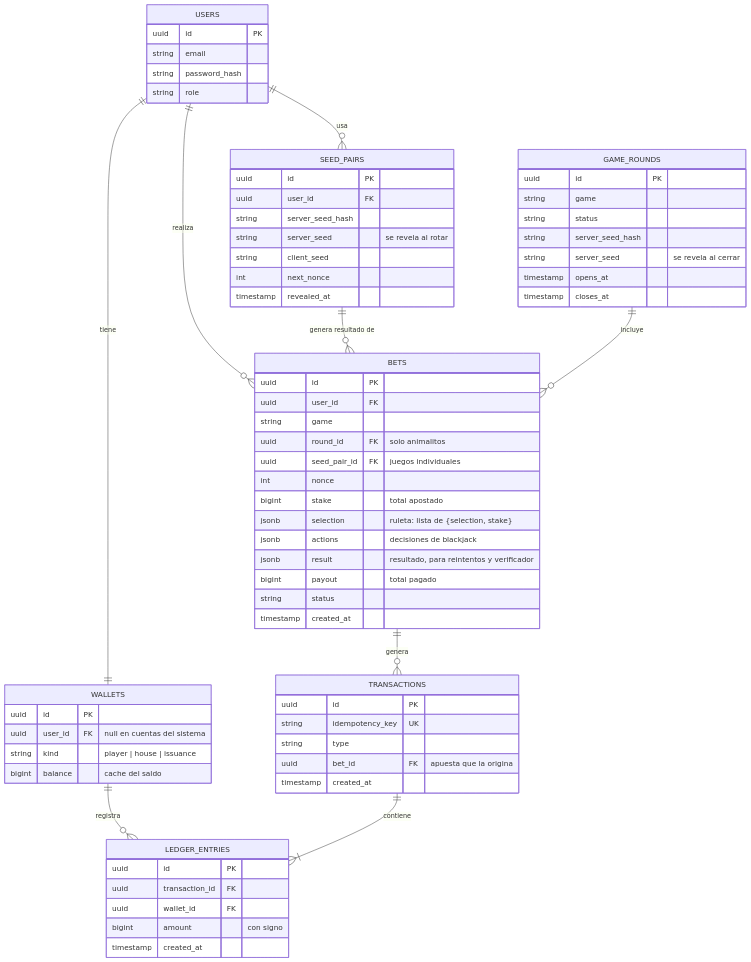
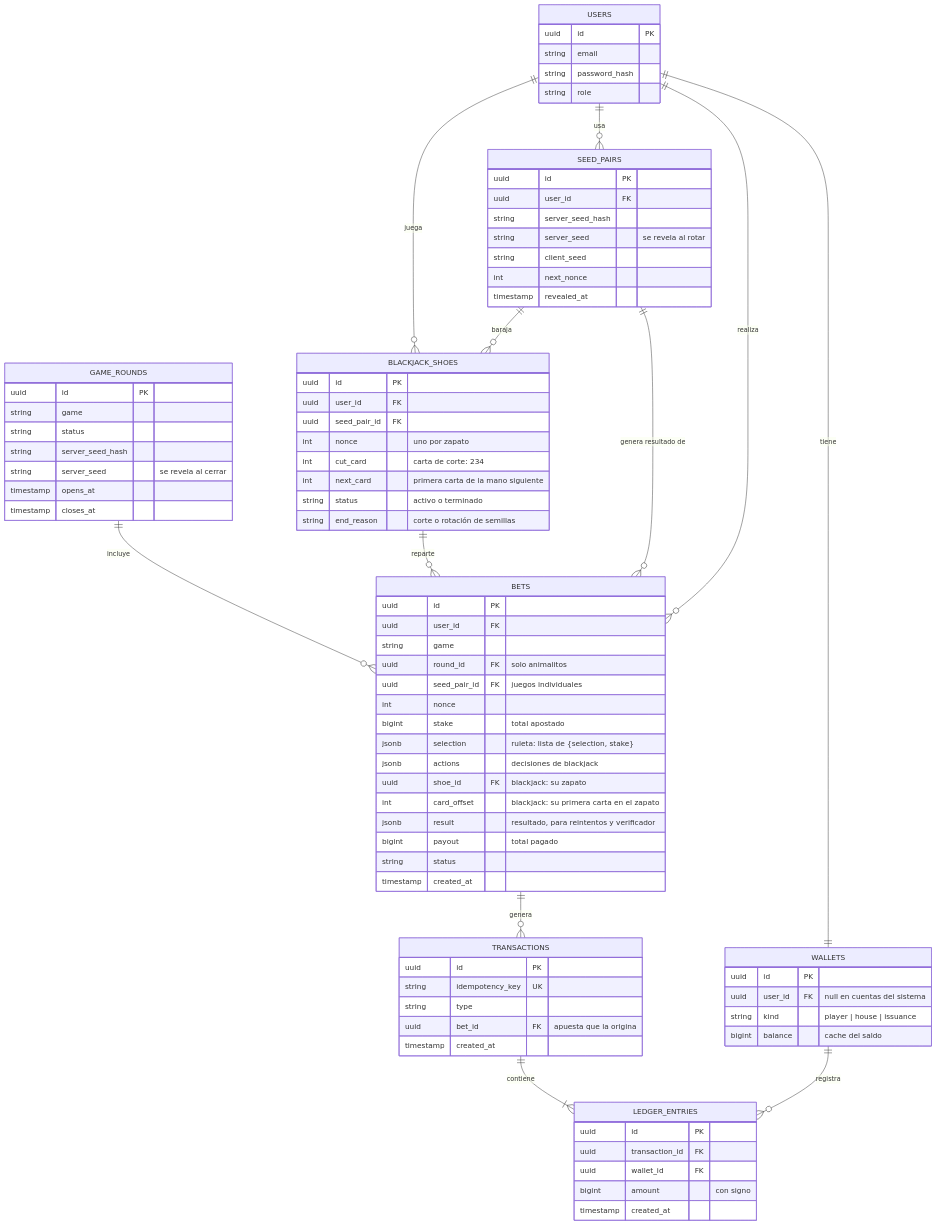
The third of 6 diagrams in README.md (sebaveaa/casino-simulator), drawn with Mermaid before and after one commit. The commit also changed other lines of this file and 10 other files, not shown here.

First line of the commit message:
feat(blackjack): keep each player's shoe across hands until the cut card

````diff
--- a/README.md
+++ b/README.md
@@ -191,57 +191,70 @@
 ```mermaid
 erDiagram
     USERS ||--|| WALLETS : tiene
     WALLETS ||--o{ LEDGER_ENTRIES : registra
     TRANSACTIONS ||--|{ LEDGER_ENTRIES : contiene
     USERS ||--o{ BETS : realiza
     USERS ||--o{ SEED_PAIRS : usa
     SEED_PAIRS ||--o{ BETS : "genera resultado de"
     GAME_ROUNDS ||--o{ BETS : incluye
     BETS ||--o{ TRANSACTIONS : "genera"
+    USERS ||--o{ BLACKJACK_SHOES : juega
+    SEED_PAIRS ||--o{ BLACKJACK_SHOES : "baraja"
+    BLACKJACK_SHOES ||--o{ BETS : "reparte"
 
     USERS { uuid id PK
             string email
             string password_hash
             string role }
     WALLETS { uuid id PK
               uuid user_id FK "null en cuentas del sistema"
               string kind "player | house | issuance"
               bigint balance "cache del saldo" }
     TRANSACTIONS { uuid id PK
                    string idempotency_key UK
                    string type
                    uuid bet_id FK "apuesta que la origina"
                    timestamp created_at }
     LEDGER_ENTRIES { uuid id PK
                      uuid transaction_id FK
                      uuid wallet_id FK
                      bigint amount "con signo"
                      timestamp created_at }
     SEED_PAIRS { uuid id PK
                  uuid user_id FK
                  string server_seed_hash
                  string server_seed "se revela al rotar"
                  string client_seed
                  int next_nonce
                  timestamp revealed_at }
     GAME_ROUNDS { uuid id PK
                   string game
                   string status
                   string server_seed_hash
                   string server_seed "se revela al cerrar"
                   timestamp opens_at
                   timestamp closes_at }
     BETS { uuid id PK
            uuid user_id FK
            string game
            uuid round_id FK "solo animalitos"
            uuid seed_pair_id FK "juegos individuales"
            int nonce
            bigint stake "total apostado"
            jsonb selection "ruleta: lista de {selection, stake}"
            jsonb actions "decisiones de blackjack"
+           uuid shoe_id FK "blackjack: su zapato"
+           int card_offset "blackjack: su primera carta en el zapato"
            jsonb result "resultado, para reintentos y verificador"
            bigint payout "total pagado"
            string status
            timestamp created_at }
+    BLACKJACK_SHOES { uuid id PK
+                      uuid user_id FK
+                      uuid seed_pair_id FK
+                      int nonce "uno por zapato"
+                      int cut_card "carta de corte: 234"
+                      int next_card "primera carta de la mano siguiente"
+                      string status "activo o terminado"
+                      string end_reason "corte o rotación de semillas" }
 ```
````
